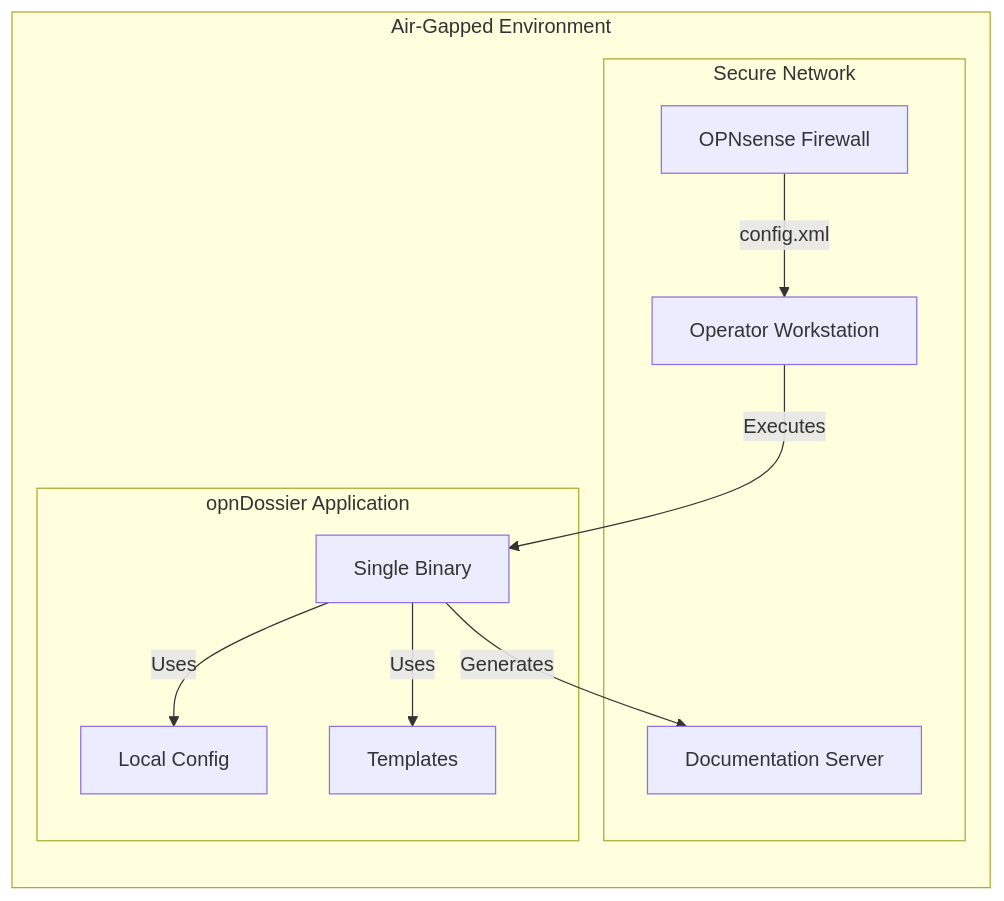
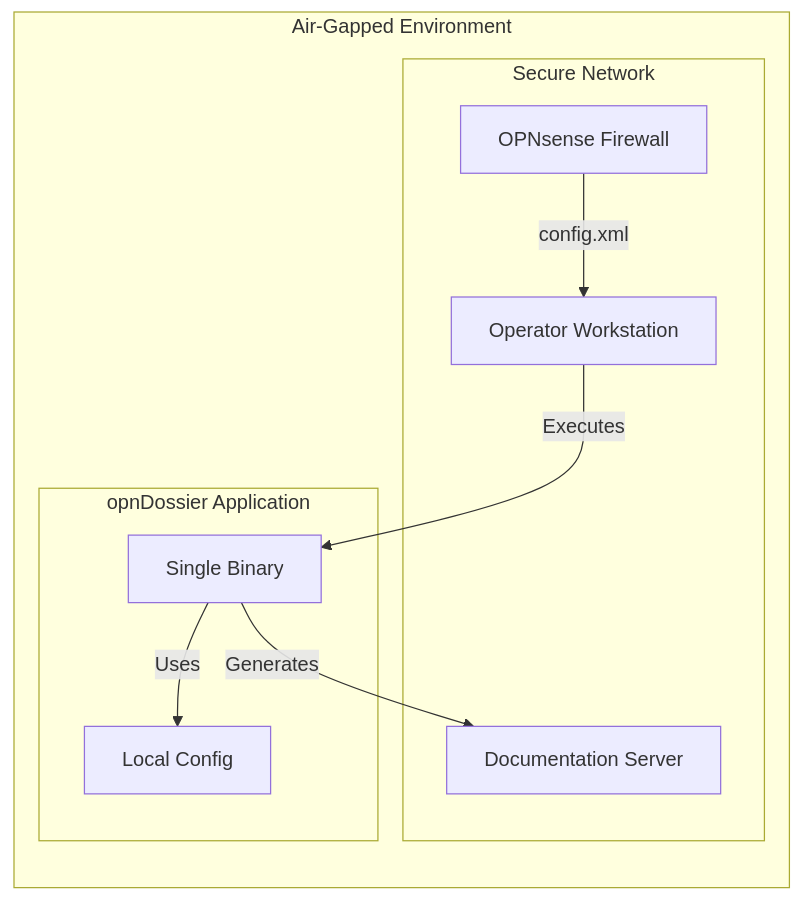
Before and after one commit to EvilBit-Labs/opnDossier: the ninth of 10 diagrams in docs/development/architecture.md, drawn with Mermaid. The commit also changed other lines of this file and 22 other files, not shown here.

````diff
--- a/docs/development/architecture.md
+++ b/docs/development/architecture.md
@@ -569,22 +598,20 @@
 ```mermaid
 graph LR
     subgraph "Air-Gapped Environment"
         subgraph "Secure Network"
             FW[OPNsense Firewall]
             OPS[Operator Workstation]
             DOCS[Documentation Server]
         end
 
         subgraph "opnDossier Application"
             BIN[Single Binary]
             CFG[Local Config]
-            TEMP[Templates]
         end
     end
 
     FW -->|config.xml| OPS
     OPS -->|Executes| BIN
     BIN -->|Uses| CFG
-    BIN -->|Uses| TEMP
     BIN -->|Generates| DOCS
 ```
````
